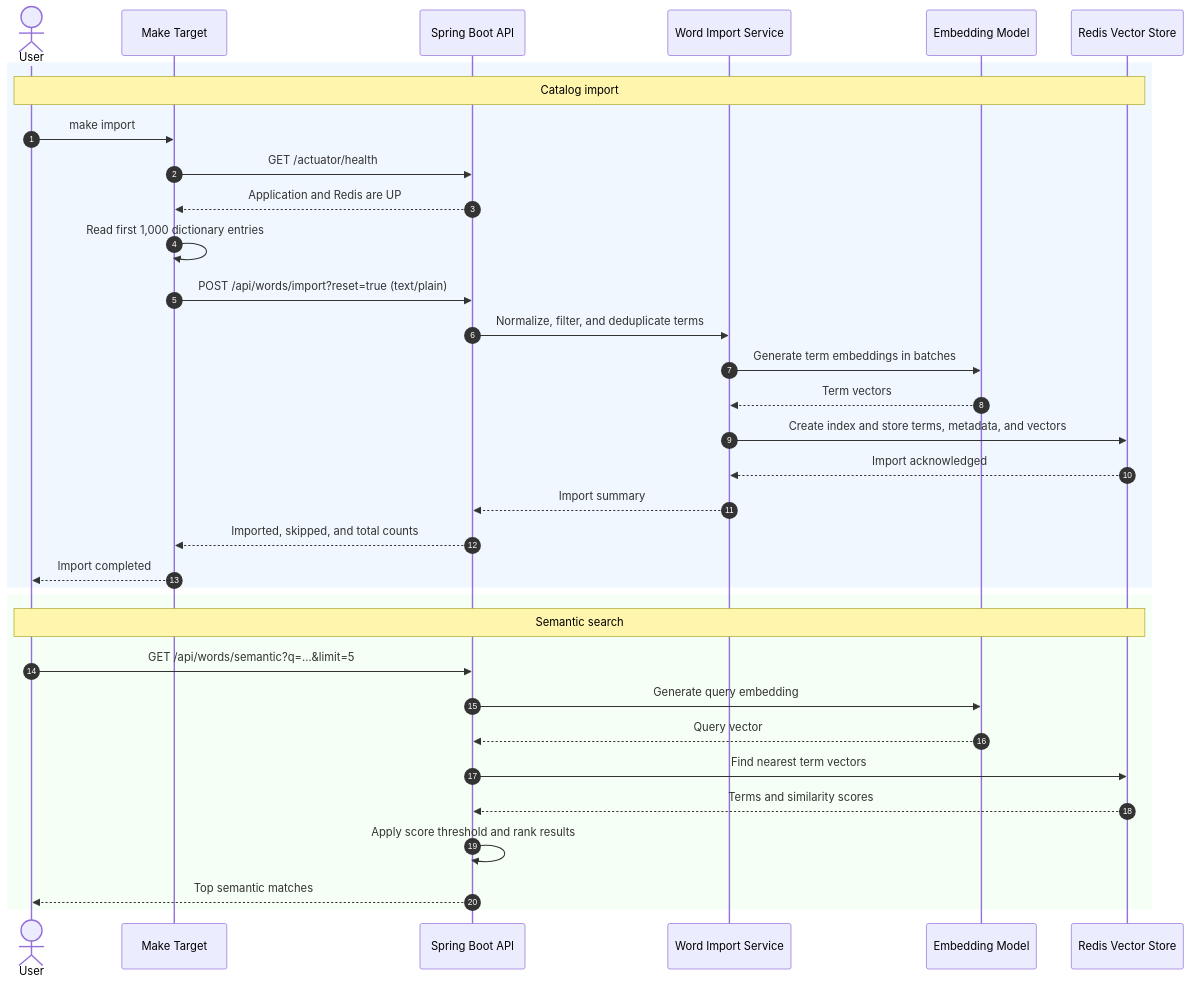
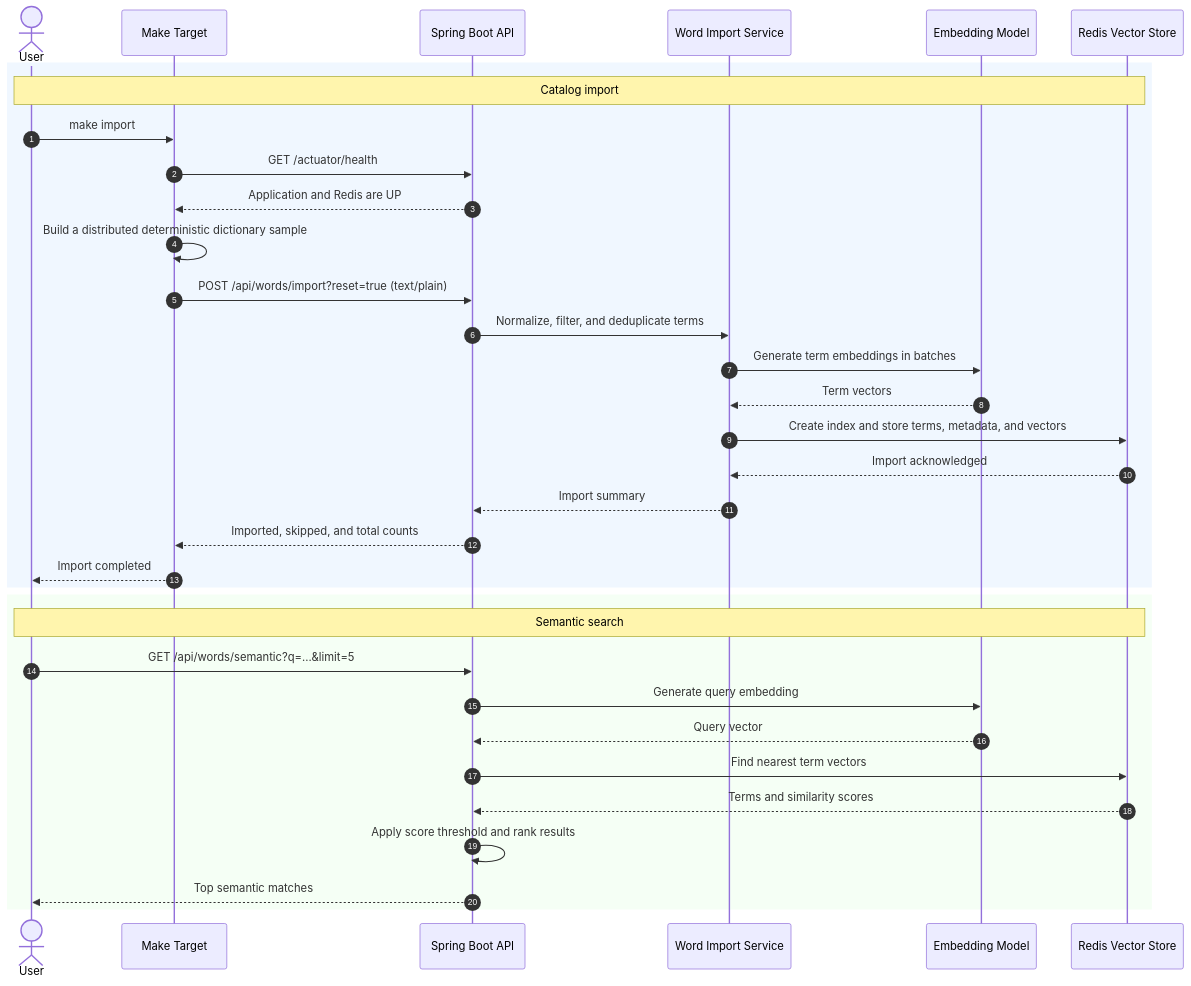
Before and after one commit to simone-lungarella/semantic-extractor: the diagram in docs/diagrams/semantic-extractor-sequence.mmd, drawn with Mermaid. The commit also changed 7 other files, not shown here.

```diff
--- a/docs/diagrams/semantic-extractor-sequence.mmd
+++ b/docs/diagrams/semantic-extractor-sequence.mmd
@@ -1,36 +1,36 @@
 sequenceDiagram
     autonumber
     actor User
     participant Make as Make Target
     participant API as Spring Boot API
     participant Importer as Word Import Service
     participant Model as Embedding Model
     participant Redis as Redis Vector Store
 
     rect rgb(240, 247, 255)
         Note over User,Redis: Catalog import
         User->>Make: make import
         Make->>API: GET /actuator/health
         API-->>Make: Application and Redis are UP
-        Make->>Make: Read first 1,000 dictionary entries
+        Make->>Make: Build a distributed deterministic dictionary sample
         Make->>API: POST /api/words/import?reset=true (text/plain)
         API->>Importer: Normalize, filter, and deduplicate terms
         Importer->>Model: Generate term embeddings in batches
         Model-->>Importer: Term vectors
         Importer->>Redis: Create index and store terms, metadata, and vectors
         Redis-->>Importer: Import acknowledged
         Importer-->>API: Import summary
         API-->>Make: Imported, skipped, and total counts
         Make-->>User: Import completed
     end
 
     rect rgb(245, 255, 245)
         Note over User,Redis: Semantic search
         User->>API: GET /api/words/semantic?q=...&limit=5
         API->>Model: Generate query embedding
         Model-->>API: Query vector
         API->>Redis: Find nearest term vectors
         Redis-->>API: Terms and similarity scores
         API->>API: Apply score threshold and rank results
         API-->>User: Top semantic matches
     end
```
